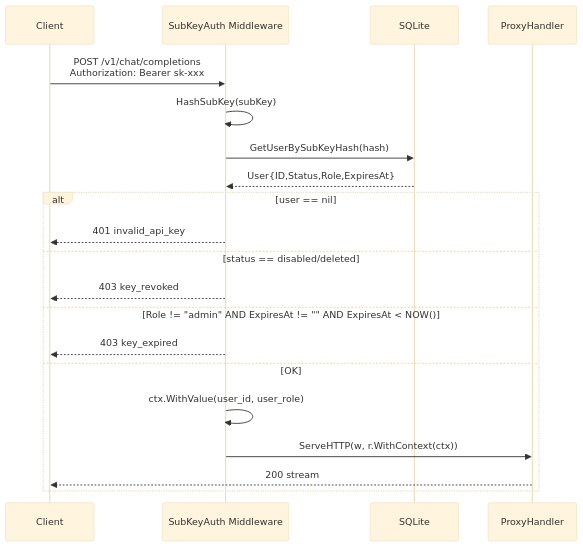
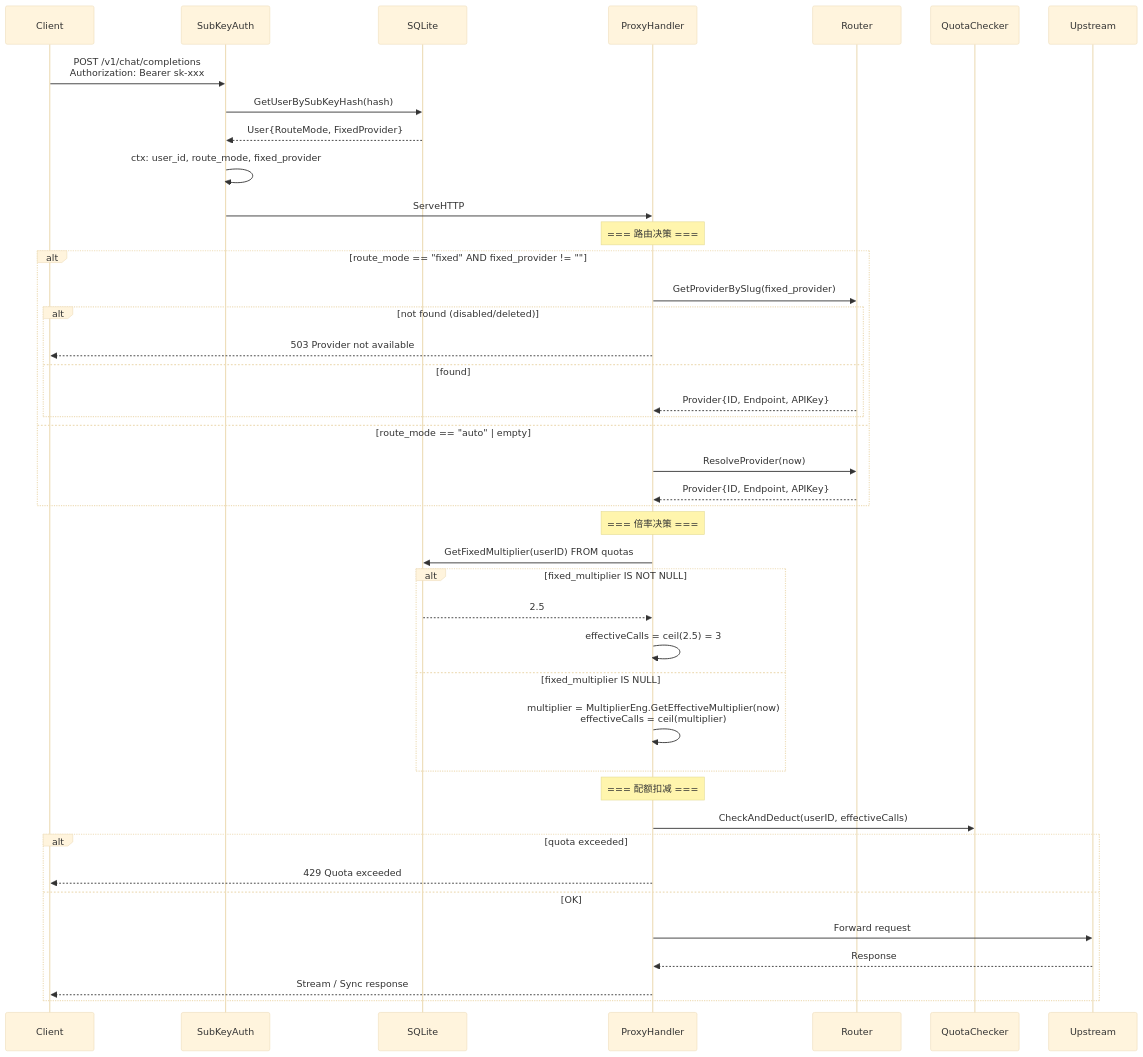
The diagram in docs/sequence-diagram.mermaid (16499259-oss/shimiaocheng-llm), drawn with Mermaid (base theme) before and after one commit. The commit also changed 17 other files, not shown here.

First line of the commit message:
feat: user route mode decoupling with fixed multiplier

```diff
--- a/docs/sequence-diagram.mermaid
+++ b/docs/sequence-diagram.mermaid
@@ -1,22 +1,46 @@
 sequenceDiagram
     participant C as Client
-    participant M as SubKeyAuth Middleware
+    participant M as SubKeyAuth
     participant DB as SQLite
     participant H as ProxyHandler
+    participant R as Router
+    participant Q as QuotaChecker
+    participant U as Upstream
 
     C->>M: POST /v1/chat/completions<br/>Authorization: Bearer sk-xxx
-    M->>M: HashSubKey(subKey)
     M->>DB: GetUserBySubKeyHash(hash)
-    DB-->>M: User{ID,Status,Role,ExpiresAt}
+    DB-->>M: User{RouteMode, FixedProvider}
+    M->>M: ctx: user_id, route_mode, fixed_provider
+    M->>H: ServeHTTP
 
-    alt user == nil
-        M-->>C: 401 invalid_api_key
-    else status == disabled/deleted
-        M-->>C: 403 key_revoked
-    else Role != "admin" AND ExpiresAt != "" AND ExpiresAt < NOW()
-        M-->>C: 403 key_expired
+    Note over H: === 路由决策 ===
+    alt route_mode == "fixed" AND fixed_provider != ""
+        H->>R: GetProviderBySlug(fixed_provider)
+        alt not found (disabled/deleted)
+            H-->>C: 503 Provider not available
+        else found
+            R-->>H: Provider{ID, Endpoint, APIKey}
+        end
+    else route_mode == "auto" | empty
+        H->>R: ResolveProvider(now)
+        R-->>H: Provider{ID, Endpoint, APIKey}
+    end
+
+    Note over H: === 倍率决策 ===
+    H->>DB: GetFixedMultiplier(userID) FROM quotas
+    alt fixed_multiplier IS NOT NULL
+        DB-->>H: 2.5
+        H->>H: effectiveCalls = ceil(2.5) = 3
+    else fixed_multiplier IS NULL
+        H->>H: multiplier = MultiplierEng.GetEffectiveMultiplier(now)<br/>effectiveCalls = ceil(multiplier)
+    end
+
+    Note over H: === 配额扣减 ===
+    H->>Q: CheckAndDeduct(userID, effectiveCalls)
+    alt quota exceeded
+        H-->>C: 429 Quota exceeded
     else OK
-        M->>M: ctx.WithValue(user_id, user_role)
-        M->>H: ServeHTTP(w, r.WithContext(ctx))
-        H-->>C: 200 stream
+        H->>U: Forward request
+        U-->>H: Response
+        H-->>C: Stream / Sync response
     end
```
